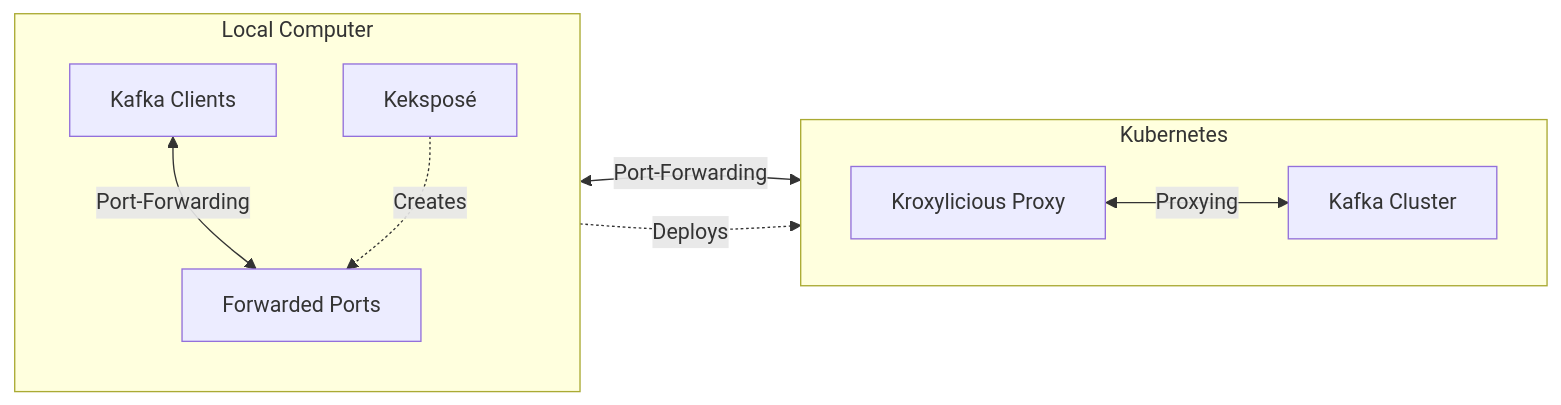
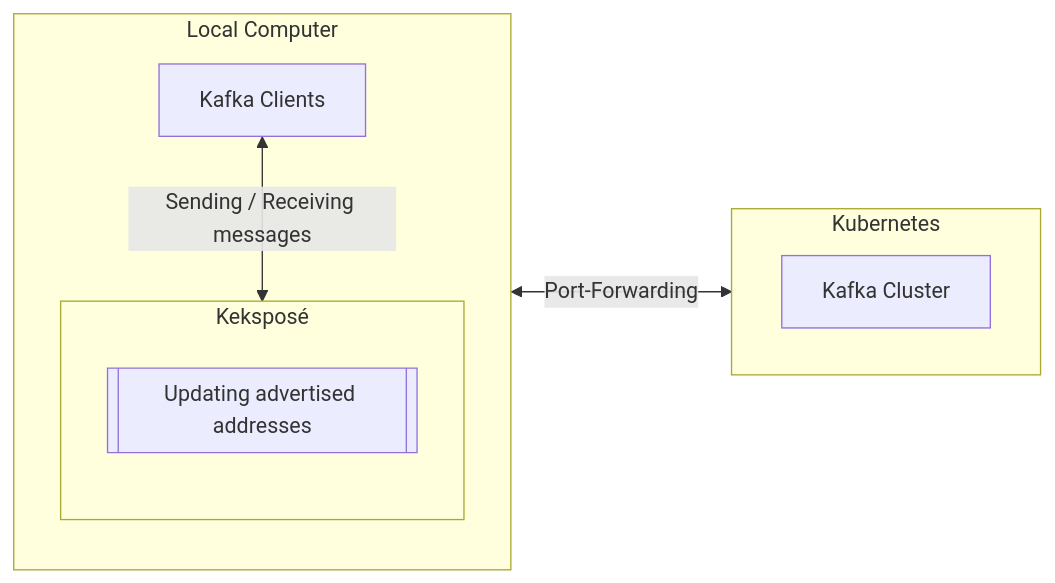
One commit to scholzj/kekspose changed the diagram in README.md. Above: the diagram before and after it, drawn with Mermaid. The commit also changed other lines of this file and 13 other files, not shown here.

````diff
--- a/README.md
+++ b/README.md
@@ -36,21 +36,20 @@
 ```mermaid
 flowchart LR
     subgraph Local Computer
         direction TB
-        A[Keksposé]
-        B[Kafka Clients]
-        C[Forwarded Ports]
+        A[Kafka Clients]
+        B[Keksposé]
+        subgraph Keksposé
+            direction TB
+            B[[Updating advertised addresses]]
+        end
     end
 
     subgraph Kubernetes
         direction LR
-        D[Kroxylicious Proxy]
-        E[Kafka Cluster]
+        D[Kafka Cluster]
     end
     
-    B <--> |Port-Forwarding| C
-    C <--> |Port-Forwarding| D
-    D <--> |Proxying| E
-    A -. Creates .-> C
-    A -. Deploys .-> D
+    A <--> |Sending / Receiving messages| B
+    B <--> |Port-Forwarding| D
 ```
````
